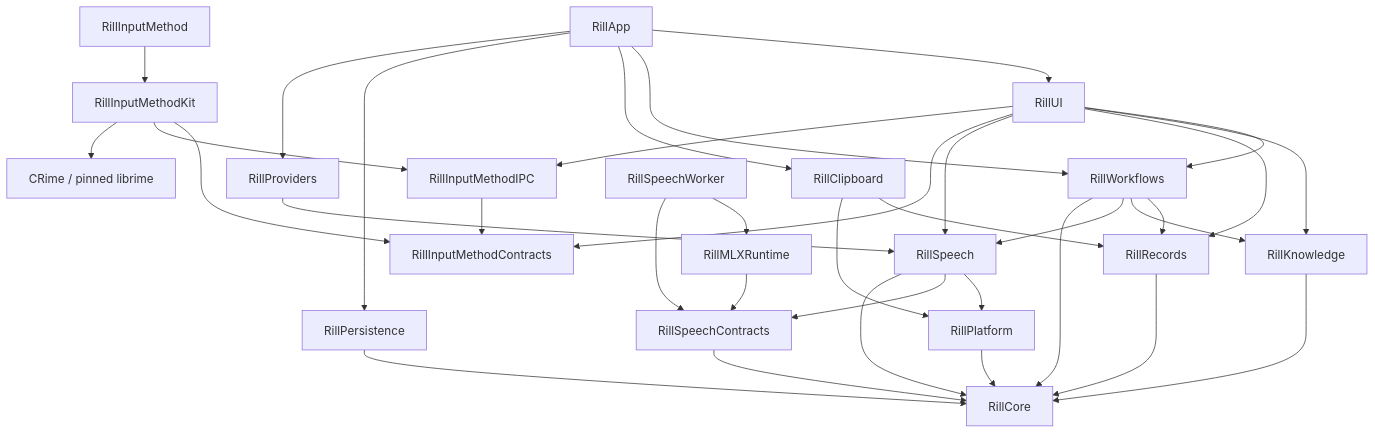
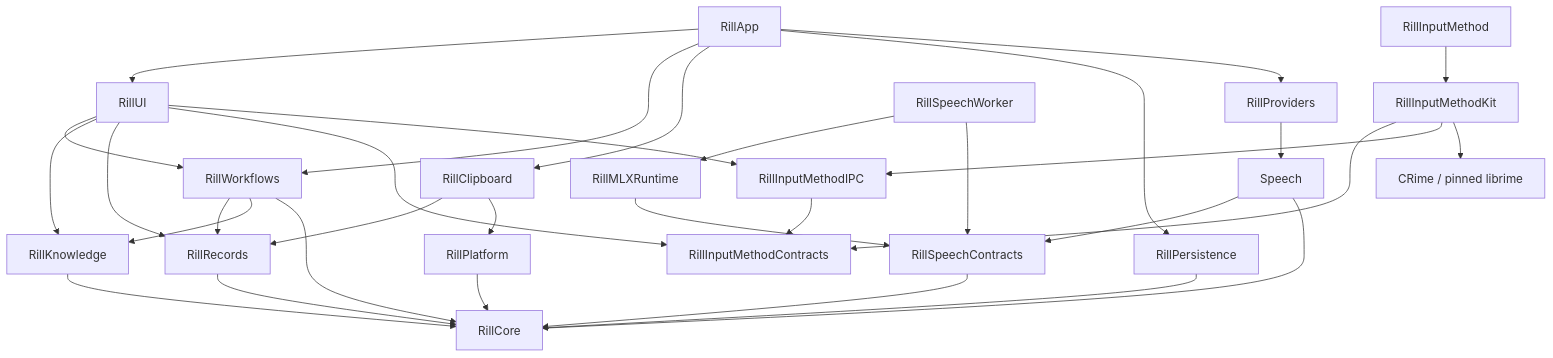
Before and after one commit to zrr1999/rill: the second of 2 diagrams in docs/architecture.md, drawn with Mermaid. The commit also changed other lines of this file and 15 other files, not shown here.

````diff
--- a/docs/architecture.md
+++ b/docs/architecture.md
@@ -145,37 +145,34 @@
 ```mermaid
 flowchart TD
     App[RillApp] --> UI[RillUI]
     App --> Workflows[RillWorkflows]
     App --> Clipboard[RillClipboard]
     App --> Persistence[RillPersistence]
     App --> Providers[RillProviders]
     Workflows --> Records[RillRecords]
     Workflows --> Knowledge[RillKnowledge]
-    Workflows --> Speech[RillSpeech]
     Clipboard --> Records
     Clipboard --> Platform[RillPlatform]
-    Speech --> Platform
     Providers --> Speech
     UI --> Workflows
     UI --> Knowledge
     UI --> Records
-    UI --> Speech
     UI --> Contract[RillInputMethodContracts]
     UI --> IPC[RillInputMethodIPC]
     IPC --> Contract
     IME[RillInputMethod] --> IMK[RillInputMethodKit]
     IMK --> Contract
     IMK --> IPC
     IMK --> Rime[CRime / pinned librime]
     Worker[RillSpeechWorker] --> MLX[RillMLXRuntime]
     Worker --> SpeechContracts[RillSpeechContracts]
     MLX --> SpeechContracts
     Speech --> SpeechContracts
     SpeechContracts --> Core
     Records --> Core[RillCore]
     Knowledge --> Core
     Workflows --> Core
     Speech --> Core
     Persistence --> Core
     Platform --> Core
 ```
````
